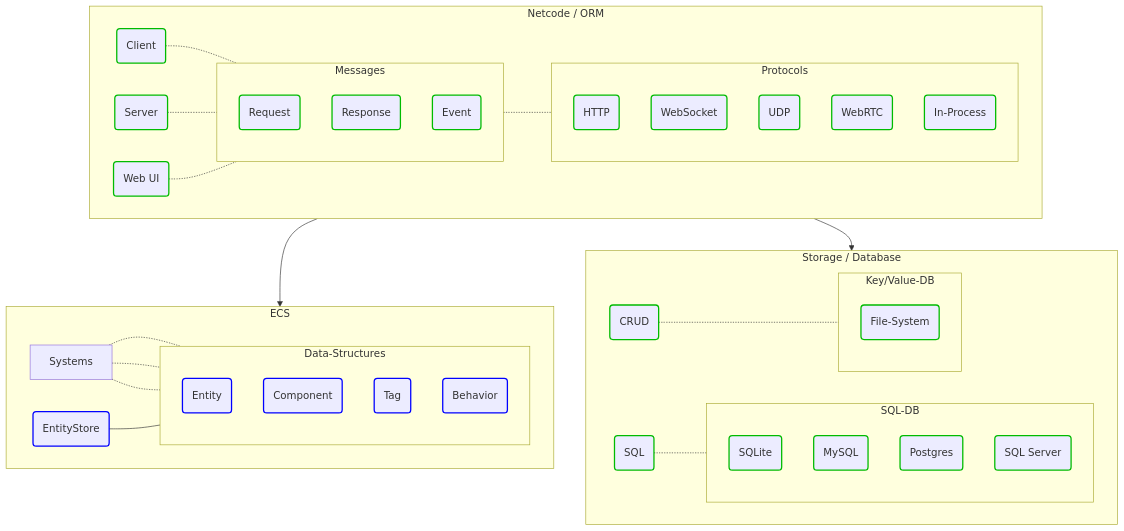
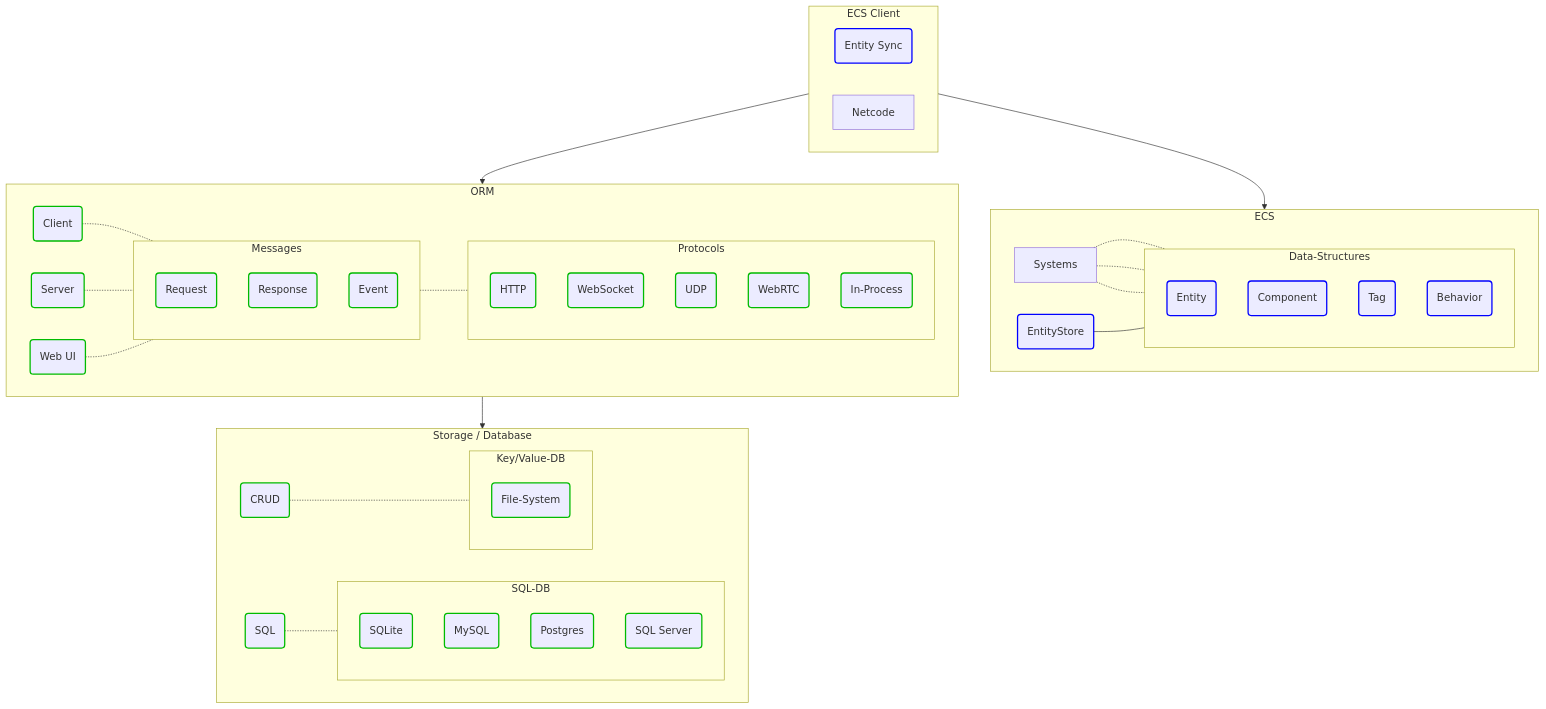
One commit to friflo/Friflo.Json.Fliox changed the second of 3 diagrams in Engine/README.md. Above: the diagram before and after it, drawn with Mermaid. The commit also changed other lines of this file, not shown here.

Commit message:
Engine - update architecture diagram

````diff
--- a/Engine/README.md
+++ b/Engine/README.md
@@ -106,77 +106,83 @@
 ```mermaid
   graph TD;
     classDef finished       stroke:#0b0,stroke-width:2px;
     classDef implemented    stroke:#00f,stroke-width:2px;
+
+    subgraph ECS-Client[ECS Client];
+        Sync(Entity Sync):::implemented;
+        Netcode;
+    end
 
     subgraph ECS;
         EntityStore(EntityStore):::implemented
         Systems
 
         subgraph Data-Structures;
         direction TB;
             Entity(Entity):::implemented
             Component(Component):::implemented
             Tag(Tag):::implemented
             Behavior(Behavior):::implemented
         end
 
         EntityStore  --- Data-Structures
 
         Systems      -.- Entity
         Systems      -.- Component
         Systems      -.- Tag
     end
 
-    subgraph Netcode[Netcode / ORM];
+    subgraph ORM;
         Client(Client):::finished
         Server(Server):::finished
         WebUI(Web UI):::finished
 
         subgraph Messages;
             direction TB;
             Request(Request):::finished
             Response(Response):::finished
             Event(Event):::finished
         end
 
         Client -.- Messages
         Server -.- Messages
         WebUI  -.- Messages
 
         subgraph Protocols;
             direction TB;
             HTTP(HTTP):::finished
             WebSocket(WebSocket):::finished
             UDP(UDP):::finished
             WebRTC(WebRTC):::finished
             In-Process(In-Process):::finished
         end
 
         Messages  -.- Protocols
     end
 
     subgraph Storage[Storage / Database];
         SQL(SQL):::finished
         CRUD(CRUD):::finished
 
         subgraph SQL-DB;
             direction TB;
             SQLite(SQLite):::finished
             MySQL(MySQL):::finished
             Postgres(Postgres):::finished
             SQL-Server(SQL Server):::finished
         end
 
         SQL     -.- SQL-DB
         CRUD    -.- Key/Value-DB
 
         subgraph Key/Value-DB;
             direction TB;
             File-System(File-System):::finished
         end
     end
 
-    Netcode --> ECS
-    Netcode --> Storage
+    ECS-Client  --> ECS
+    ECS-Client  --> ORM
+    ORM         --> Storage
     
 ```
````
